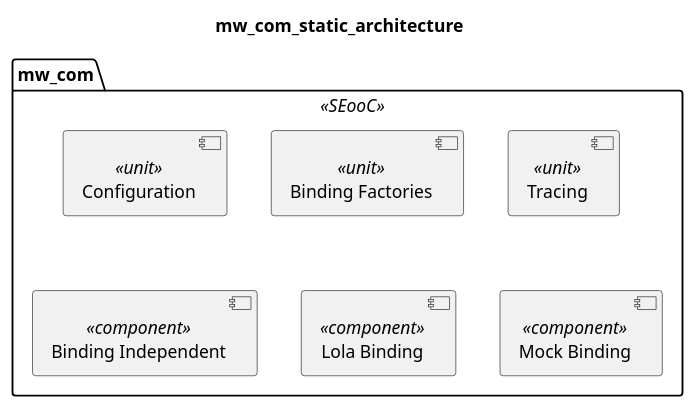
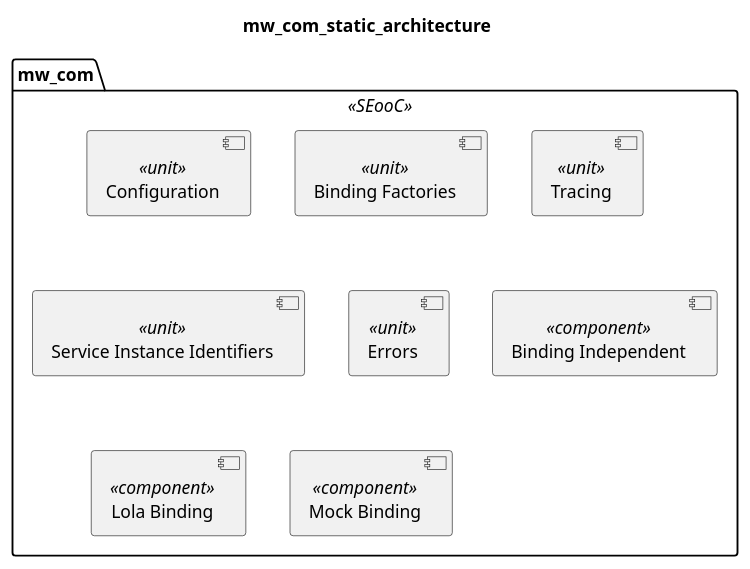
The diagram in score/mw/com/dependability/architectural_design/static_design/overall.puml (eclipse-score/communication), drawn with PlantUML before and after one commit. The commit also changed 2 other files, not shown here.

```diff
--- a/score/mw/com/dependability/architectural_design/static_design/overall.puml
+++ b/score/mw/com/dependability/architectural_design/static_design/overall.puml
@@ -13,14 +13,16 @@
 @startuml safety_sentinel_mwcom_design
 title "mw_com_static_architecture"
 
 package "mw_com" as mw_com <<SEooC>>  {
-  component "Configuration" as mw_com_configuration <<unit>> 
+  component "Configuration" as mw_com_configuration <<unit>>
   component "Binding Factories" as mw_com_binding_factories <<unit>>
-  component "Tracing" as mw_com_tracing <<unit>> 
+  component "Tracing" as mw_com_tracing <<unit>>
+  component "Service Instance Identifiers" as service_instance_identifiers <<unit>>
+  component "Errors" as errors <<unit>>
 
   component "Binding Independent" as binding_independent <<component>>
   component "Lola Binding" as lola_binding <<component>>
   component "Mock Binding" as mock_binding <<component>>
 }
 
 @enduml
```
